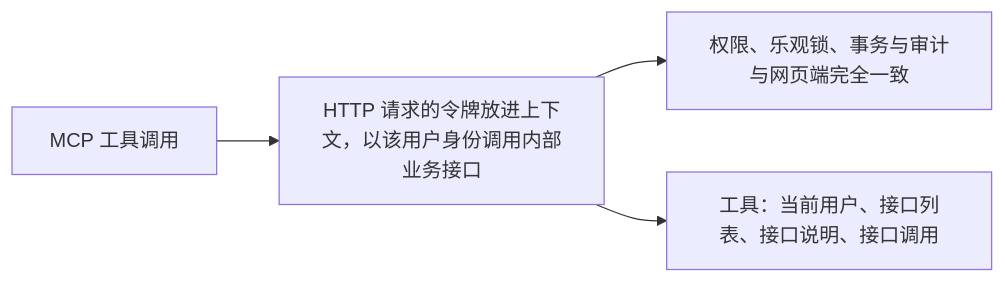
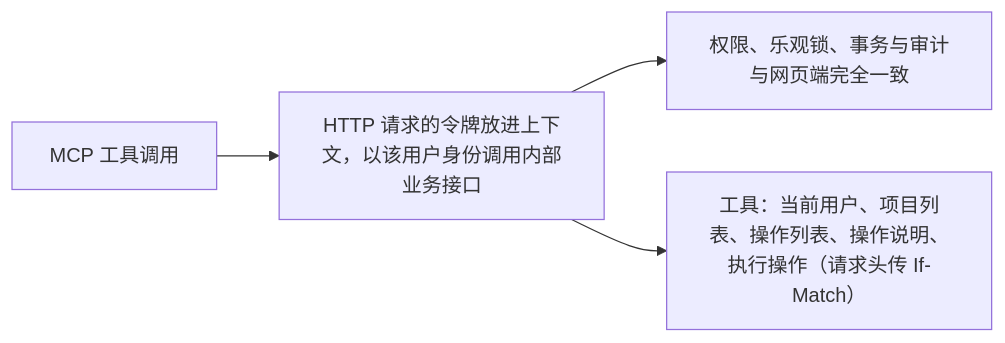
One commit to Sakana-1314/Electrical-Manager changed the sixth of 29 diagrams in docs/websites/pages/dev-flows.md. Above: the diagram before and after it, drawn with Mermaid. The commit also changed 9 other files, not shown here.

````diff
--- a/docs/websites/pages/dev-flows.md
+++ b/docs/websites/pages/dev-flows.md
@@ -82,6 +82,6 @@
 ```mermaid
 flowchart LR
     A["MCP 工具调用"] --> B["HTTP 请求的令牌放进上下文，以该用户身份调用内部业务接口"]
     B --> C["权限、乐观锁、事务与审计与网页端完全一致"]
-    B --> D["工具：当前用户、接口列表、接口说明、接口调用"]
+    B --> D["工具：当前用户、项目列表、操作列表、操作说明、执行操作（请求头传 If-Match）"]
 ```
````
